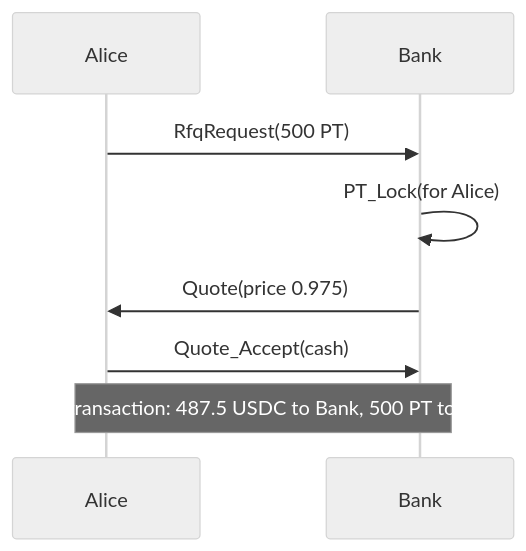
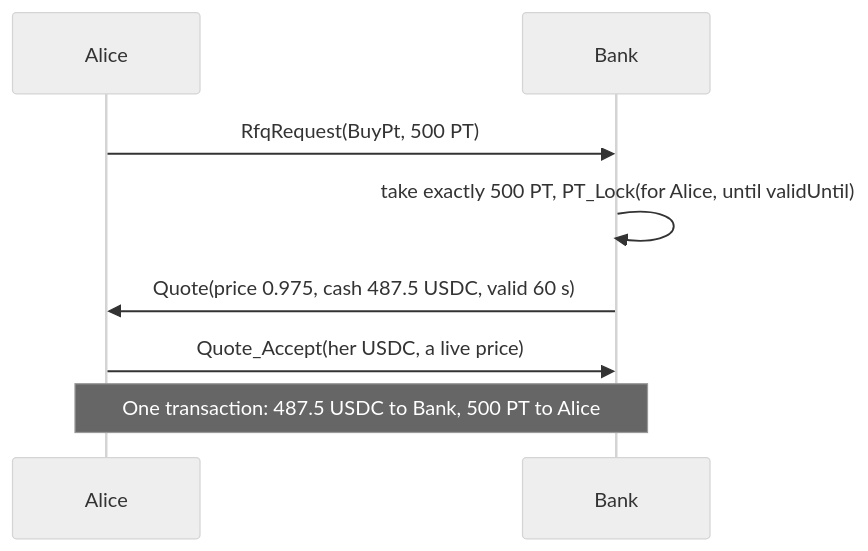
Before and after one commit to ayoubbuoya/exodus: the fourth of 4 diagrams in docs/exodus.md, drawn with Mermaid (neutral theme). The commit also changed other lines of this file and 7 other files, not shown here.

````diff
--- a/docs/exodus.md
+++ b/docs/exodus.md
@@ -329,10 +330,10 @@
 ```mermaid
 sequenceDiagram
   participant Alice
   participant Bank
-  Alice->>Bank: RfqRequest(500 PT)
-  Bank->>Bank: PT_Lock(for Alice)
-  Bank->>Alice: Quote(price 0.975)
-  Alice->>Bank: Quote_Accept(cash)
+  Alice->>Bank: RfqRequest(BuyPt, 500 PT)
+  Bank->>Bank: take exactly 500 PT, PT_Lock(for Alice, until validUntil)
+  Bank->>Alice: Quote(price 0.975, cash 487.5 USDC, valid 60 s)
+  Alice->>Bank: Quote_Accept(her USDC, a live price)
   Note over Alice,Bank: One transaction: 487.5 USDC to Bank, 500 PT to Alice
 ```
````
